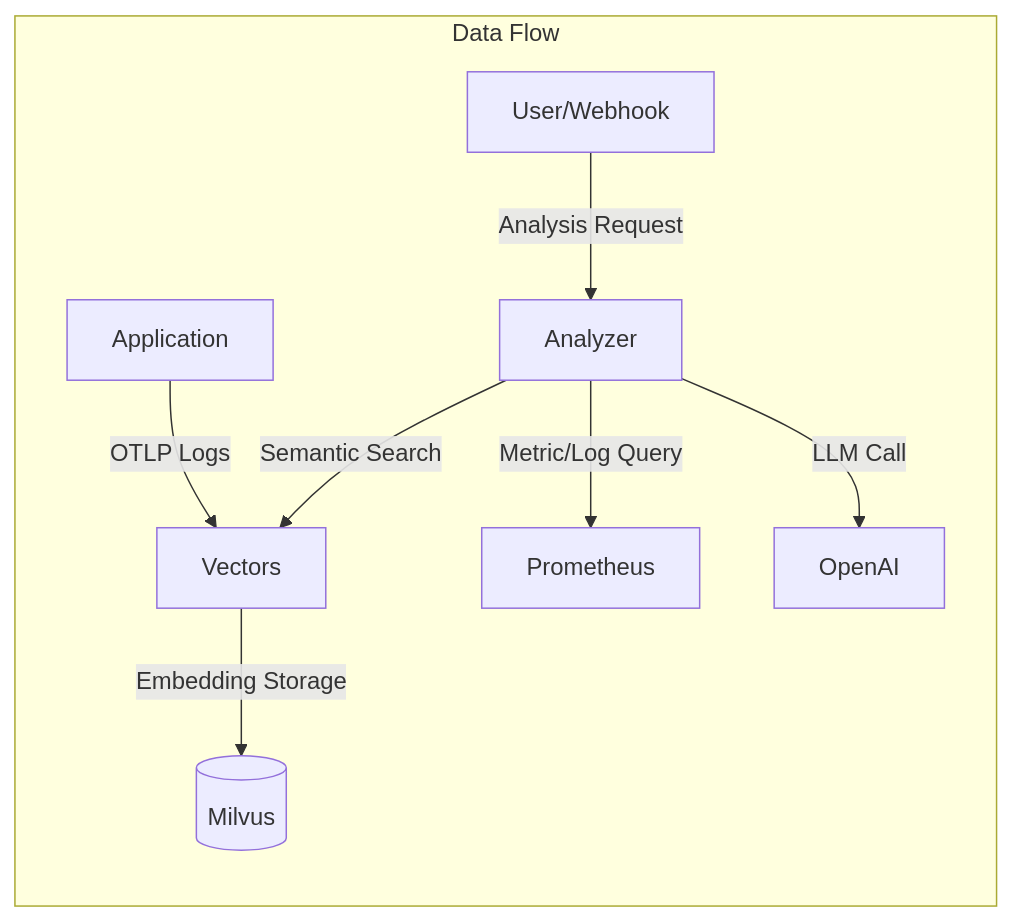
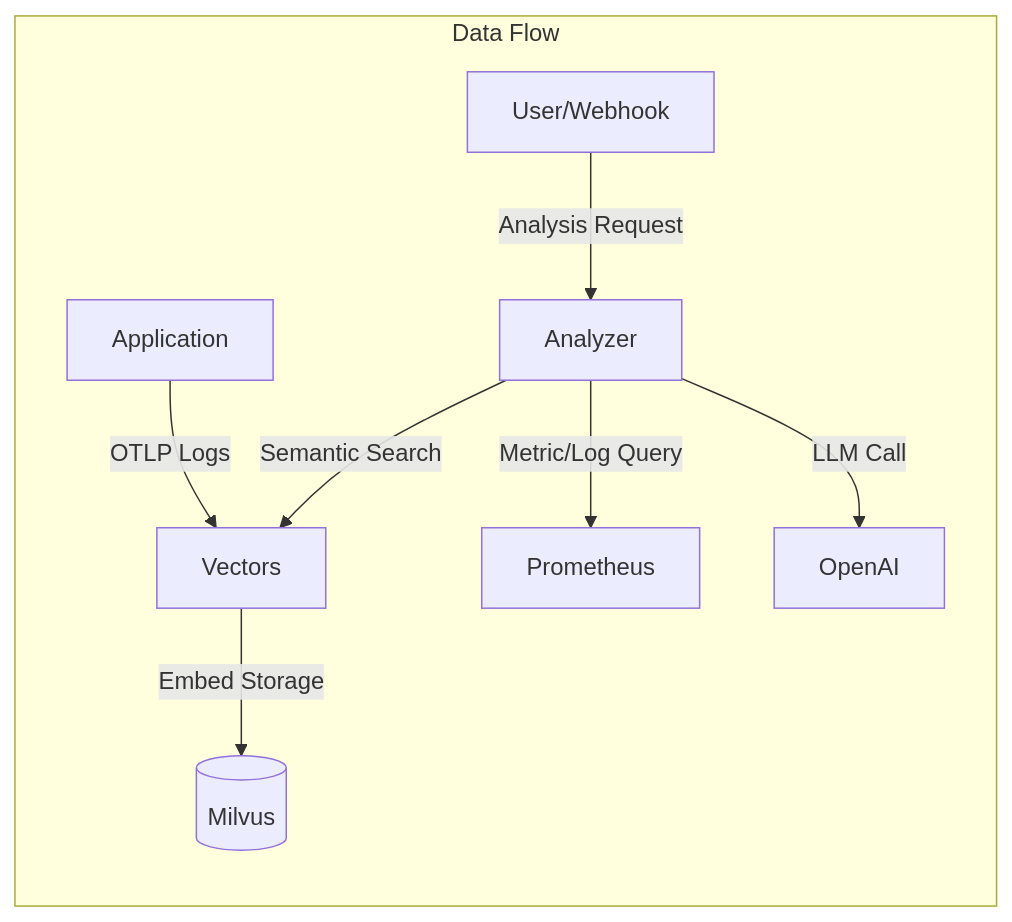
One commit to mandacode-labs/mandacode-devs changed the first of 2 diagrams in src/content/blog/en/meerkat-deep-dive.md. Above: the diagram before and after it, drawn with Mermaid. The commit also changed other lines of this file and 34 other files, not shown here.

````diff
--- a/src/content/blog/en/meerkat-deep-dive.md
+++ b/src/content/blog/en/meerkat-deep-dive.md
@@ -39,11 +39,11 @@
 ```mermaid
 graph LR
     subgraph "Data Flow"
         App[Application] -- OTLP Logs --> Vectors
-        Vectors -- Embedding Storage --> Milvus[(Milvus)]
+        Vectors -- Embed Storage --> Milvus[(Milvus)]
         Client[User/Webhook] -- Analysis Request --> Analyzer
         Analyzer -- Semantic Search --> Vectors
         Analyzer -- Metric/Log Query --> Prometheus
         Analyzer -- LLM Call --> OpenAI
     end
 ```
````
